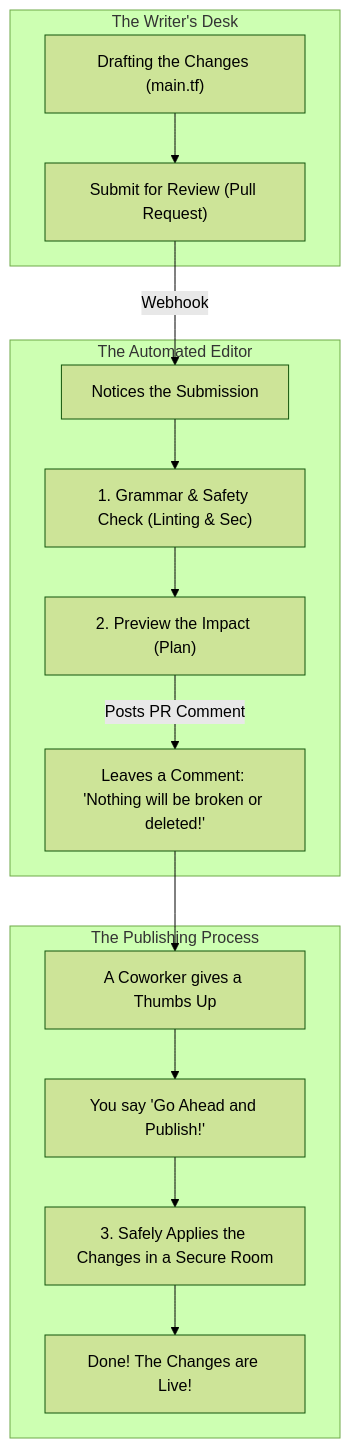
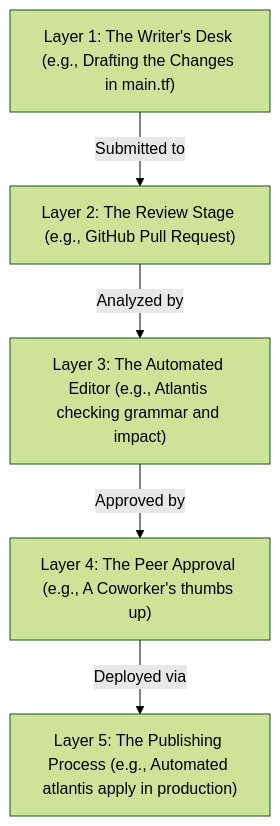
The diagram in website/pages/modules/module-08/lesson-04.md (aloysiuspattath/platform-engineering-ai-course), drawn with Mermaid (forest theme) before and after one commit. The commit also changed 56 other files, not shown here.

Commit message:
refactor: simplify architecture diagrams into single-line layered models

````diff
--- a/website/pages/modules/module-08/lesson-04.md
+++ b/website/pages/modules/module-08/lesson-04.md
@@ -123,20 +125,7 @@
 ```mermaid
 flowchart TD
-    subgraph RefactorWorkspace [The Writer's Desk]
-        HCL["Drafting the Changes (main.tf)"] --> PR["Submit for Review (Pull Request)"]
-    end
-
-    subgraph AtlantisEngine [The Automated Editor]
-        PR -->|Webhook| ATLANTIS["Notices the Submission"]
-        ATLANTIS --> LINT["1. Grammar & Safety Check (Linting & Sec)"]
-        LINT --> PLAN["2. Preview the Impact (Plan)"]
-        PLAN -->|Posts PR Comment| COMMENT["Leaves a Comment: 'Nothing will be broken or deleted!'"]
-    end
-
-    subgraph ProductionExecution [The Publishing Process]
-        COMMENT --> APPROVE["A Coworker gives a Thumbs Up"]
-        APPROVE --> COMMENT_APPLY["You say 'Go Ahead and Publish!'"]
-        COMMENT_APPLY --> APPLY["3. Safely Applies the Changes in a Secure Room"]
-        APPLY --> MERGE["Done! The Changes are Live!"]
-    end
+    L1["Layer 1: The Writer's Desk (e.g., Drafting the Changes in main.tf)"] -->|Submitted to| L2["Layer 2: The Review Stage (e.g., GitHub Pull Request)"]
+    L2 -->|Analyzed by| L3["Layer 3: The Automated Editor (e.g., Atlantis checking grammar and impact)"]
+    L3 -->|Approved by| L4["Layer 4: The Peer Approval (e.g., A Coworker's thumbs up)"]
+    L4 -->|Deployed via| L5["Layer 5: The Publishing Process (e.g., Automated atlantis apply in production)"]
 ```
````
